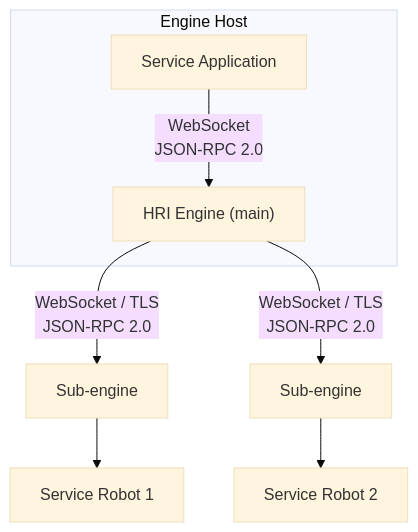
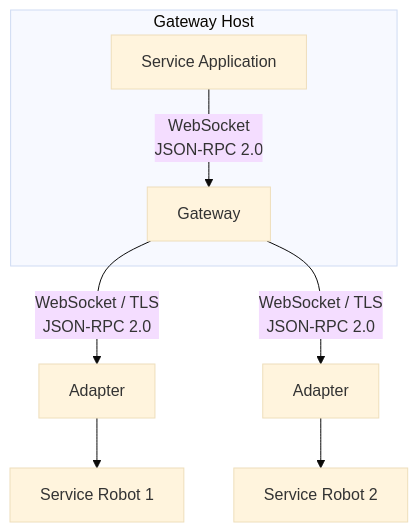
Diagram 11 of 18 in docs/white-paper.md (openrois/openrois), drawn with Mermaid (base theme) before and after one commit. The commit also changed other lines of this file and 7 other files, not shown here.

First line of the commit message:
docs: rewrite architecture, roadmap, and white paper to recursive engine model

````diff
--- a/docs/white-paper.md
+++ b/docs/white-paper.md
@@ -1305,14 +1447,14 @@
 ```mermaid
 flowchart TB
-    subgraph EngineHost["Engine Host"]
+    subgraph GatewayHost["Gateway Host"]
         App["Service Application"]
-        GW["HRI Engine (main)"]
+        GW["Gateway"]
         App -->|"WebSocket<br/>JSON-RPC 2.0"| GW
     end
 
-    GW -->|"WebSocket / TLS<br/>JSON-RPC 2.0"| SubEngine1["Sub-engine"]
-    SubEngine1 --> Robot1["Service Robot 1"]
+    GW -->|"WebSocket / TLS<br/>JSON-RPC 2.0"| Adapter1["Adapter"]
+    Adapter1 --> Robot1["Service Robot 1"]
 
-    GW -->|"WebSocket / TLS<br/>JSON-RPC 2.0"| SubEngine2["Sub-engine"]
-    SubEngine2 --> Robot2["Service Robot 2"]
+    GW -->|"WebSocket / TLS<br/>JSON-RPC 2.0"| Adapter2["Adapter"]
+    Adapter2 --> Robot2["Service Robot 2"]
 ```
````
